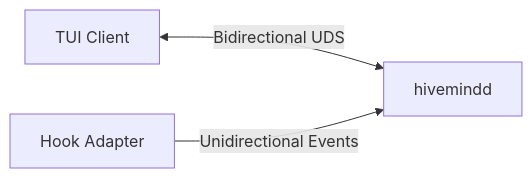
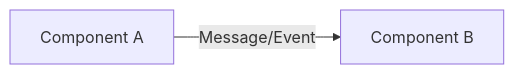
One commit to jacobmiller22/hivemind changed the diagram in docs/INDEX.md. Above: the diagram before and after it, drawn with Mermaid. The commit also changed other lines of this file, not shown here.

````diff
--- a/docs/INDEX.md
+++ b/docs/INDEX.md
@@ -41,5 +44,4 @@
   ```mermaid
   graph LR
-      Client[TUI Client] <-->|Bidirectional UDS| Daemon[hivemindd]
-      Adapter[Hook Adapter] -->|Unidirectional Events| Daemon
+      A[Component A] -->|Message/Event| B[Component B]
   ```
````
